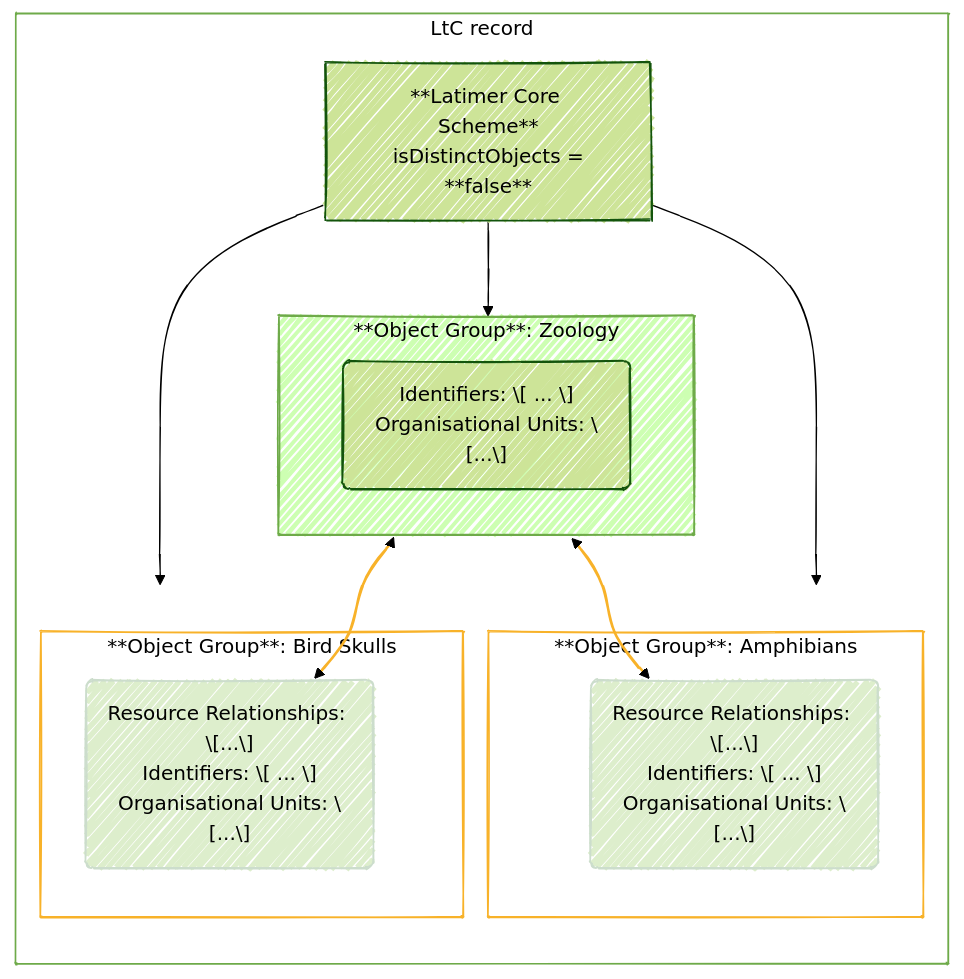
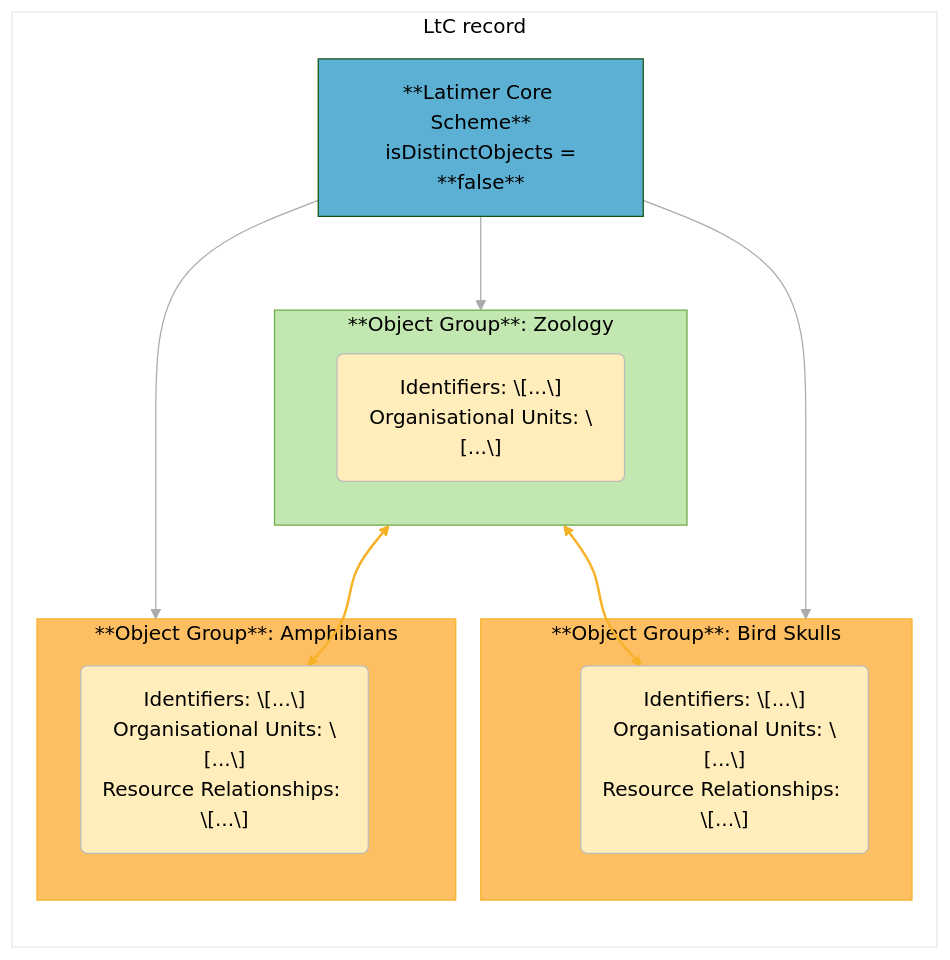
Before and after one commit to tdwg/ltc: the second of 2 diagrams in source/examples/json/GrSciColl/readme.md, drawn with Mermaid. The commit also changed other lines of this file, not shown here.

Commit message:
update graphs

````diff
--- a/source/examples/json/GrSciColl/readme.md
+++ b/source/examples/json/GrSciColl/readme.md
@@ -56,50 +66,53 @@
 ```mermaid
 ---
 displayMode: compact
 config:
-  look: handDrawn
   theme: 'base'
   themeVariables:
-    primaryColor: '#cde498'
+    primaryColor: '#5bb0d4'
     primaryTextColor: '#000'
     primaryBorderColor: '#13540c'
-    lineColor: '#000'
-    secondaryColor: '#cdffb2'
+    lineColor: '#aaa'
+    secondaryColor: '#c3e7b0'
     tertiaryColor: '#fff'
 ---
 flowchart LR
 
+
     subgraph LtC["LtC record"]
-
+    
     g1["**Latimer Core Scheme**<br /> isDistinctObjects = **false**"]
 
-
     subgraph OG1 [**Object Group**: Zoology]
-        2("Identifiers: \[ ... \]<br />Organisational Units: \[...\]")
+        c2("Identifiers: \[...\]<br />Organisational Units: \[...\]")
     end
 
     subgraph OG2 [**Object Group**: Bird Skulls]
-        3("Resource Relationships: \[...\]<br/>Identifiers: \[ ... \]<br />Organisational Units: \[...\]")
+        c3("Identifiers: \[...\]<br />Organisational Units: \[...\]<br />Resource Relationships: \[...\]")
     end
 
     subgraph OG3 [**Object Group**: Amphibians]
-        4("Resource Relationships: \[...\]<br/>Identifiers: \[ ... \]<br />Organisational Units: \[...\]")
+        c4("Identifiers: \[...\]<br />Organisational Units: \[...\]<br />Resource Relationships: \[...\]")
     end
 
     end
 
-LtC:::top
+
 g1 --> OG1:::main
-OG1 <--> 3:::low
+OG1 <--> c3
 g1 --> OG2:::overlap
 g1 --> OG3:::overlap
-OG1 <--> 4:::low
+OG1 <--> c4
+
+c2:::guts
+c3:::guts
+c4:::guts
 
 classDef top fill:#fff,stroke:#6eaa49;
-classDef main fill:#cdffb2,stroke:#6eaa49;
-classDef overlap stroke:#F8B229;
-classDef low fill:#dec,stroke:#cdc;
+classDef main fill:#c3e7b0,stroke:#6eaa49;
+classDef overlap fill:#fdbf62,stroke:#F8B229;
+classDef guts fill:#feb,stroke:#bbb;
 
 linkStyle 1,4 stroke:#F8B229,stroke-width:2px;
 
 ```
````
